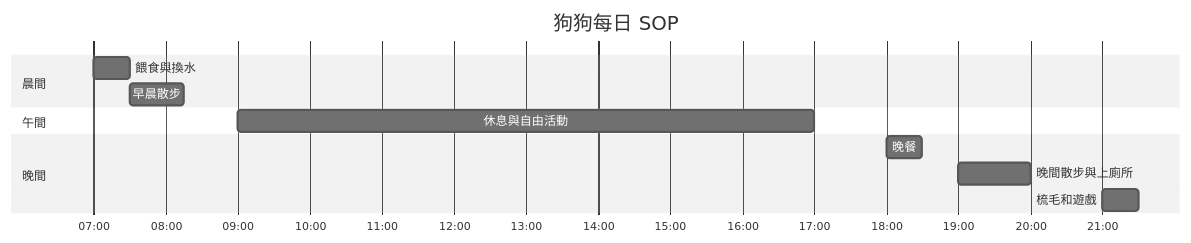
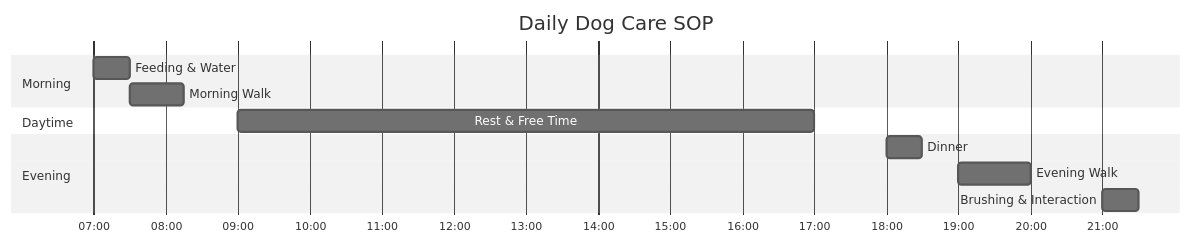
Before and after one commit to poppyyyy2002/Dog-Care-SOP: the first of 2 diagrams in README.md, drawn with Mermaid (neutral theme). The commit also changed other lines of this file, not shown here.

````diff
--- a/README.md
+++ b/README.md
@@ -19,15 +23,15 @@
 ```mermaid
 gantt
-    title 狗狗每日 SOP
+    title Daily Dog Care SOP
     dateFormat  HH:mm
     axisFormat  %H:%M
-    section 晨間
-    餵食與換水       :a1, 07:00, 30m
-    早晨散步         :a2, 07:30, 45m
-    section 午間
-    休息與自由活動   :b1, 09:00, 8h
-    section 晚間
-    晚餐             :c1, 18:00, 30m
-    晚間散步與上廁所   :c2, 19:00, 60m
-    梳毛和遊戲       :c3, 21:00, 30m
+    section Morning
+    Feeding & Water       :a1, 07:00, 30m
+    Morning Walk          :a2, 07:30, 45m
+    section Daytime
+    Rest & Free Time      :b1, 09:00, 8h
+    section Evening
+    Dinner                :c1, 18:00, 30m
+    Evening Walk          :c2, 19:00, 60m
+    Brushing & Interaction:c3, 21:00, 30m
 ```
````
